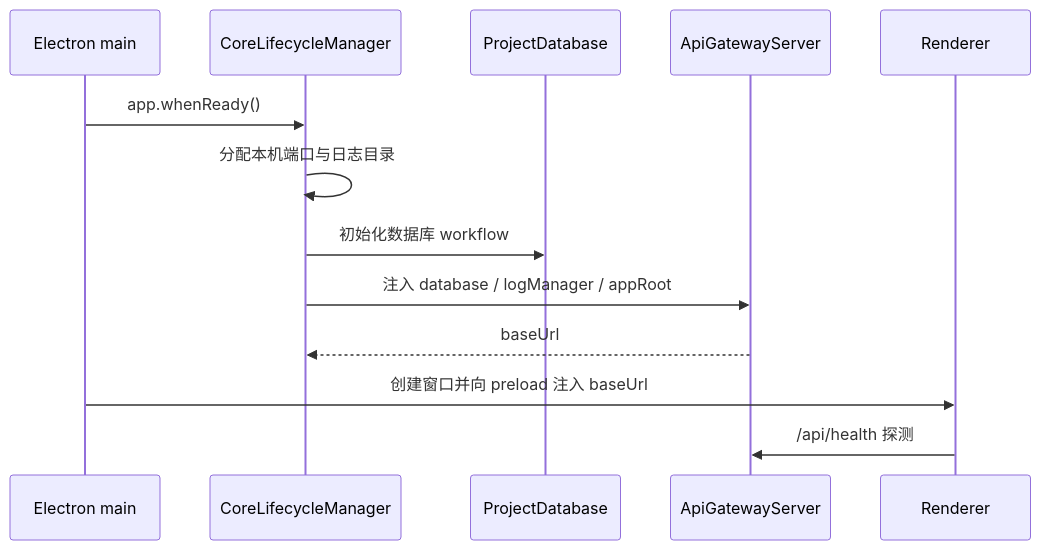
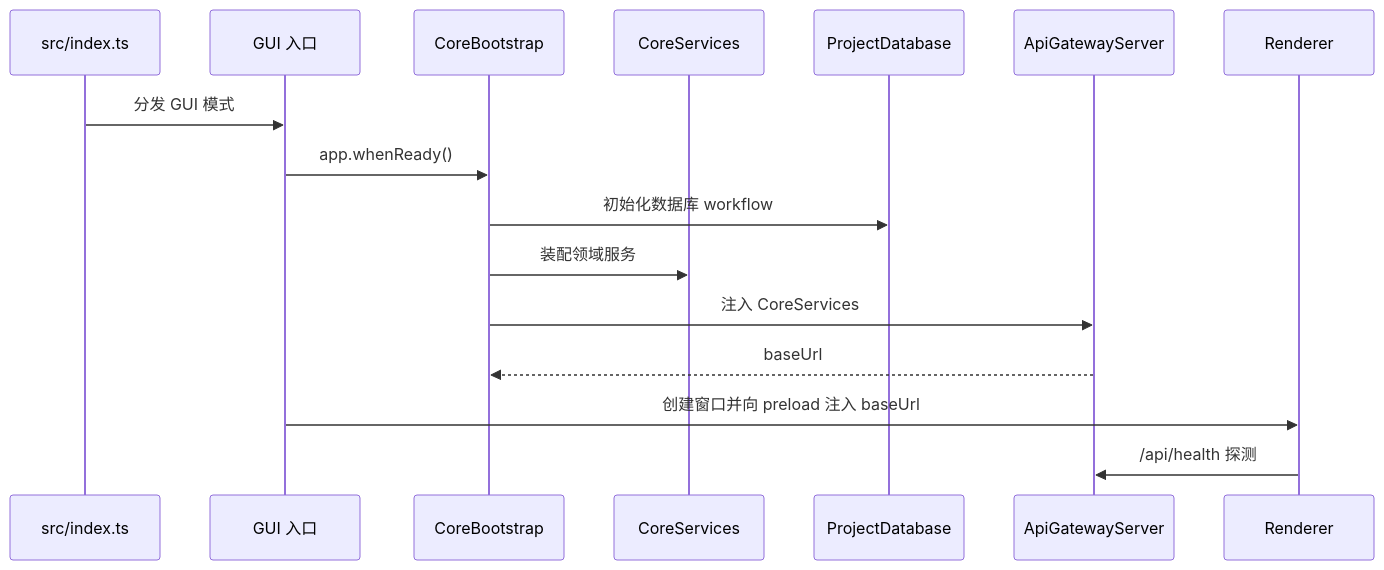
The second of 4 diagrams in docs/ARCHITECTURE.md (neavo/LinguaGacha), drawn with Mermaid before and after one commit. The commit also changed other lines of this file and 400 other files, not shown here.

````diff
--- a/docs/ARCHITECTURE.md
+++ b/docs/ARCHITECTURE.md
@@ -70,16 +70,19 @@
 ```mermaid
 sequenceDiagram
-  participant Main as Electron main
-  participant Life as CoreLifecycleManager
+  participant Entry as src/index.ts
+  participant GUI as GUI 入口
+  participant Boot as CoreBootstrap
+  participant Services as CoreServices
   participant DB as ProjectDatabase
   participant API as ApiGatewayServer
   participant UI as Renderer
 
-  Main->>Life: app.whenReady()
-  Life->>Life: 分配本机端口与日志目录
-  Life->>DB: 初始化数据库 workflow
-  Life->>API: 注入 database / logManager / appRoot
-  API-->>Life: baseUrl
-  Main->>UI: 创建窗口并向 preload 注入 baseUrl
+  Entry->>GUI: 分发 GUI 模式
+  GUI->>Boot: app.whenReady()
+  Boot->>DB: 初始化数据库 workflow
+  Boot->>Services: 装配领域服务
+  Boot->>API: 注入 CoreServices
+  API-->>Boot: baseUrl
+  GUI->>UI: 创建窗口并向 preload 注入 baseUrl
   UI->>API: /api/health 探测
 ```
````
